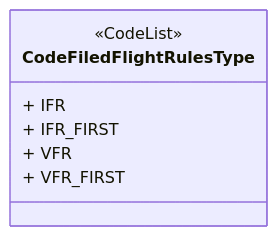
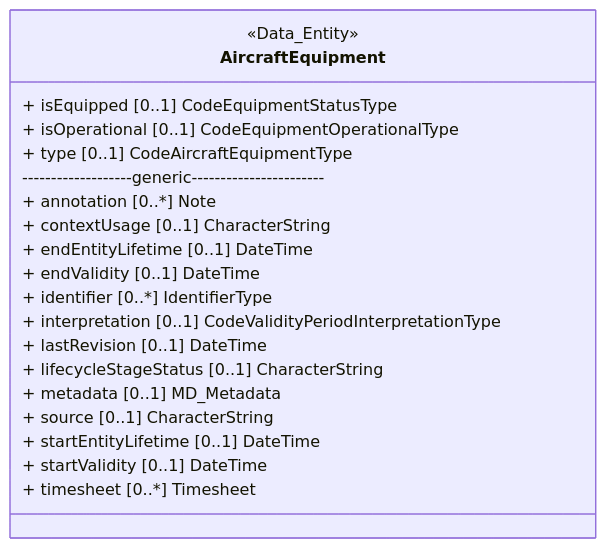
The tenth of 46 diagrams in README.md (hlepori/testAIRM), drawn with Mermaid before and after one commit. The commit also changed other lines of this file, not shown here.

````diff
--- a/README.md
+++ b/README.md
@@ -389,10 +318,23 @@
 ```mermaid	
 classDiagram	
-class CodeFiledFlightRulesType	
-<<CodeList>> CodeFiledFlightRulesType	
-link CodeFiledFlightRulesType "https://airm.aero/developers/advanced-search/1.0.0/CodeFiledFlightRulesType?model=LogicalModel" "Go to definition"	
-CodeFiledFlightRulesType : + IFR	
-CodeFiledFlightRulesType : + IFR_FIRST	
-CodeFiledFlightRulesType : + VFR	
-CodeFiledFlightRulesType : + VFR_FIRST	
+class AircraftEquipment	
+<<Data_Entity>> AircraftEquipment	
+link AircraftEquipment "https://airm.aero/developers/advanced-search/1.0.0/AircraftEquipment?model=LogicalModel" "Go to definition"	
+AircraftEquipment : + isEquipped [0..1] CodeEquipmentStatusType	
+AircraftEquipment : + isOperational [0..1] CodeEquipmentOperationalType	
+AircraftEquipment : + type [0..1] CodeAircraftEquipmentType	
+AircraftEquipment: -------------------generic-----------------------	
+AircraftEquipment : + annotation [0..*] Note	
+AircraftEquipment : + contextUsage [0..1] CharacterString	
+AircraftEquipment : + endEntityLifetime [0..1] DateTime	
+AircraftEquipment : + endValidity [0..1] DateTime	
+AircraftEquipment : + identifier [0..*] IdentifierType	
+AircraftEquipment : + interpretation [0..1] CodeValidityPeriodInterpretationType	
+AircraftEquipment : + lastRevision [0..1] DateTime	
+AircraftEquipment : + lifecycleStageStatus [0..1] CharacterString	
+AircraftEquipment : + metadata [0..1] MD_Metadata	
+AircraftEquipment : + source [0..1] CharacterString	
+AircraftEquipment : + startEntityLifetime [0..1] DateTime	
+AircraftEquipment : + startValidity [0..1] DateTime	
+AircraftEquipment : + timesheet [0..*] Timesheet	
 ```	
````
